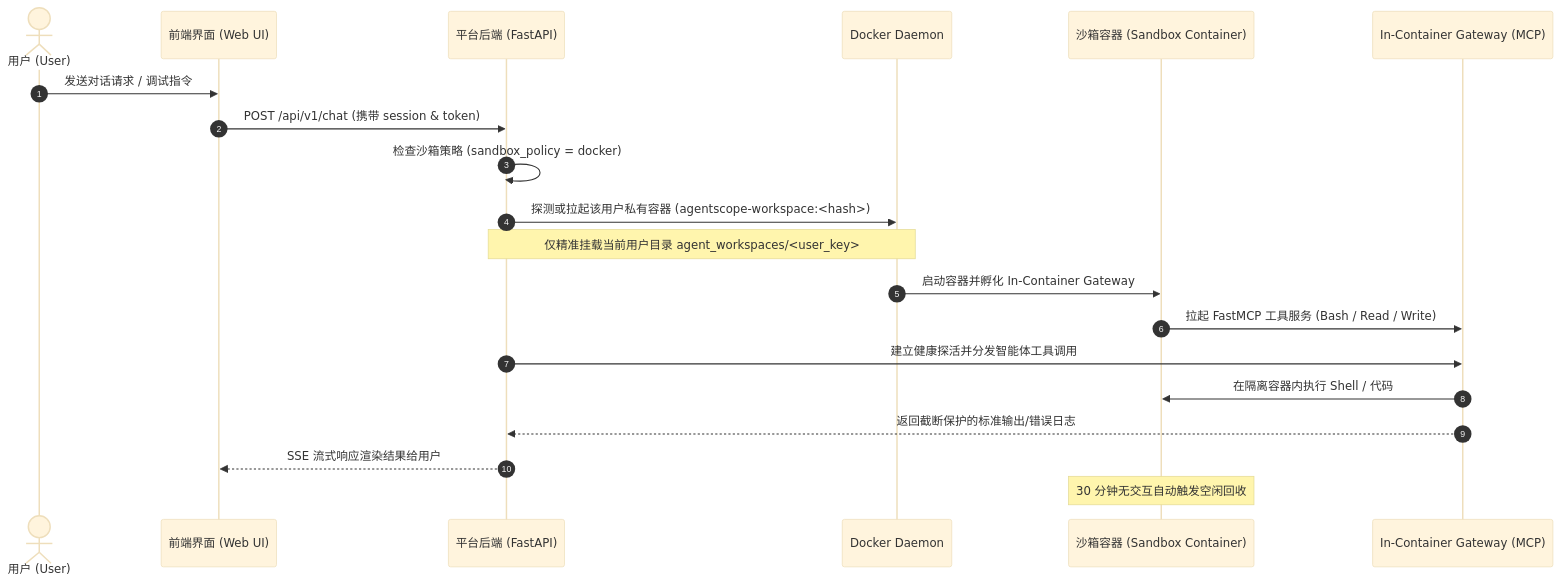
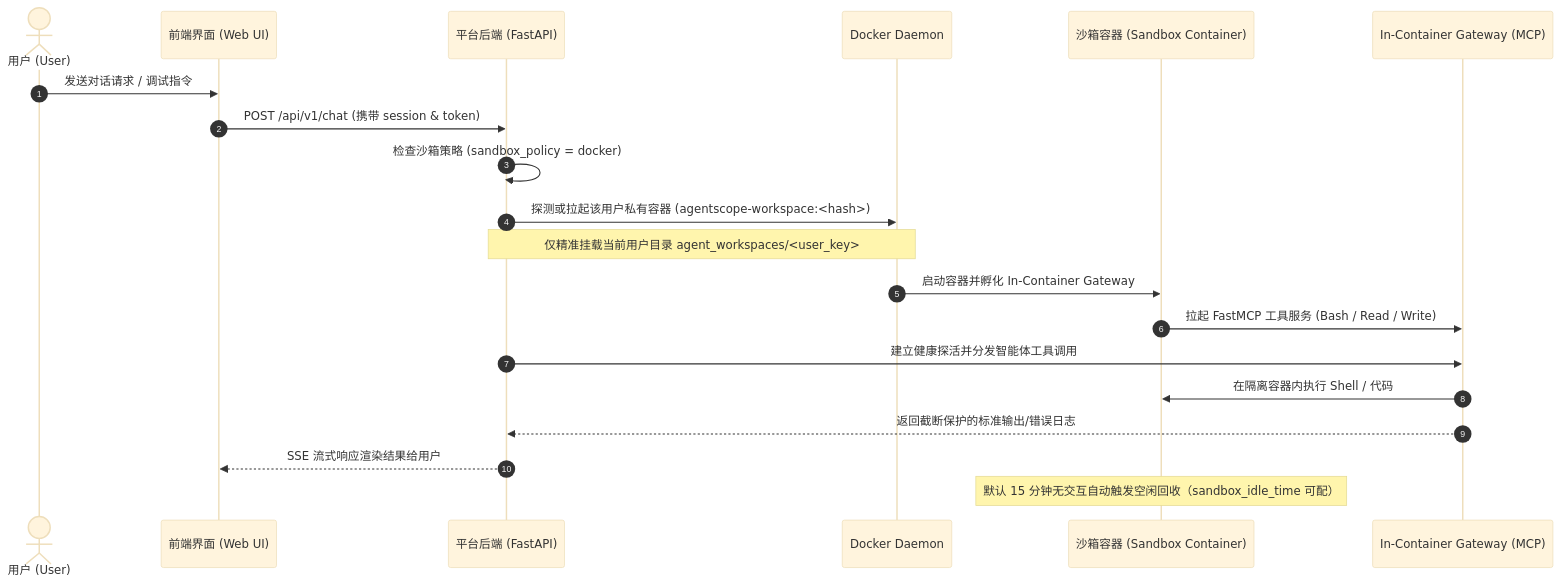
Before and after one commit to RandyChen1985/nanzi-ai-agent-platform: diagram 19 of 20 in FAQ.md, drawn with Mermaid (base theme). The commit also changed other lines of this file and 15 other files, not shown here.

````diff
--- a/FAQ.md
+++ b/FAQ.md
@@ -2690,23 +2693,23 @@
 ```mermaid
 sequenceDiagram
     autonumber
     actor User as 用户 (User)
     participant Front as 前端界面 (Web UI)
     participant Backend as 平台后端 (FastAPI)
     participant Daemon as Docker Daemon
     participant Container as 沙箱容器 (Sandbox Container)
     participant Gateway as In-Container Gateway (MCP)
 
     User->>Front: 发送对话请求 / 调试指令
     Front->>Backend: POST /api/v1/chat (携带 session & token)
     Backend->>Backend: 检查沙箱策略 (sandbox_policy = docker)
     Backend->>Daemon: 探测或拉起该用户私有容器 (agentscope-workspace:<hash>)
     Note over Backend,Daemon: 仅精准挂载当前用户目录 agent_workspaces/<user_key>
     Daemon->>Container: 启动容器并孵化 In-Container Gateway
     Container->>Gateway: 拉起 FastMCP 工具服务 (Bash / Read / Write)
     Backend->>Gateway: 建立健康探活并分发智能体工具调用
     Gateway->>Container: 在隔离容器内执行 Shell / 代码
     Gateway-->>Backend: 返回截断保护的标准输出/错误日志
     Backend-->>Front: SSE 流式响应渲染结果给用户
-    Note over Container: 30 分钟无交互自动触发空闲回收
+    Note over Container: 默认 15 分钟无交互自动触发空闲回收（sandbox_idle_time 可配）
 ```
````
